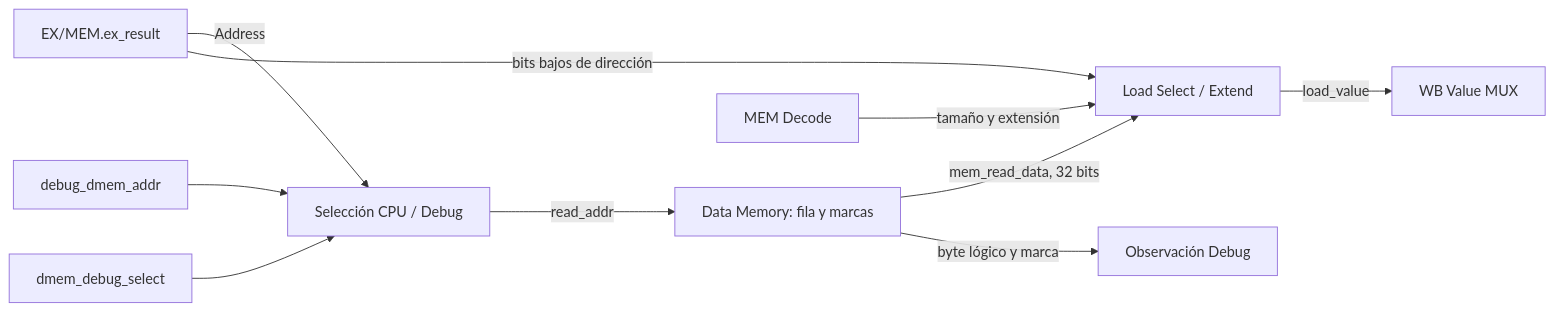
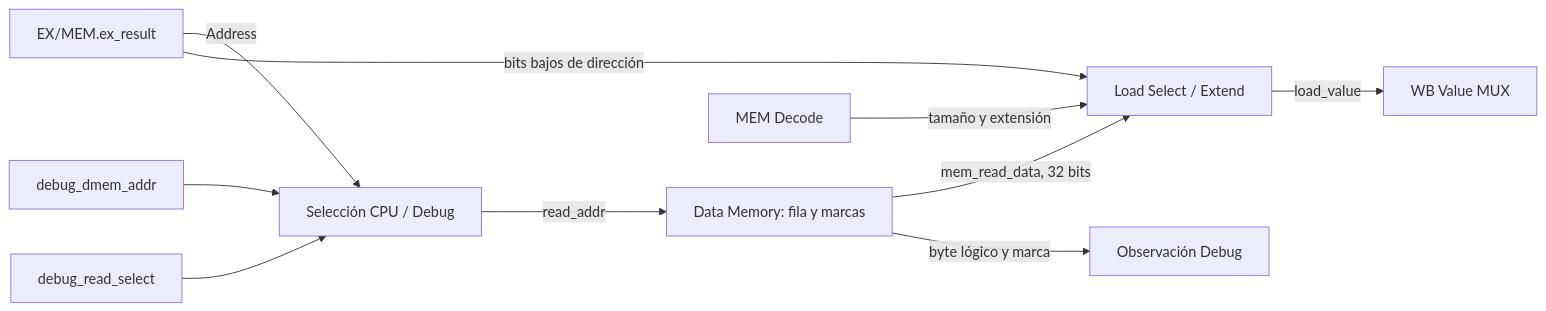
The diagram in tp3/docs/architecture/memory/dmem_access.md (FrancoPerotti/computer-architecture-tps), drawn with Mermaid before and after one commit. The commit also changed other lines of this file and 49 other files, not shown here.

````diff
--- a/tp3/docs/architecture/memory/dmem_access.md
+++ b/tp3/docs/architecture/memory/dmem_access.md
@@ -155,12 +155,12 @@
 ```mermaid
 flowchart LR
     EXMEM[EX/MEM.ex_result] -->|Address| RMUX[Selección CPU / Debug]
     DBG[debug_dmem_addr] --> RMUX
-    SEL[dmem_debug_select] --> RMUX
+    SEL[debug_read_select] --> RMUX
     RMUX -->|read_addr| DMEM[Data Memory: fila y marcas]
     DMEM -->|mem_read_data, 32 bits| LOAD[Load Select / Extend]
     EXMEM -->|bits bajos de dirección| LOAD
     DEC[MEM Decode] -->|tamaño y extensión| LOAD
     LOAD -->|load_value| WBMUX[WB Value MUX]
     DMEM -->|byte lógico y marca| SERIAL[Observación Debug]
 ```
````
